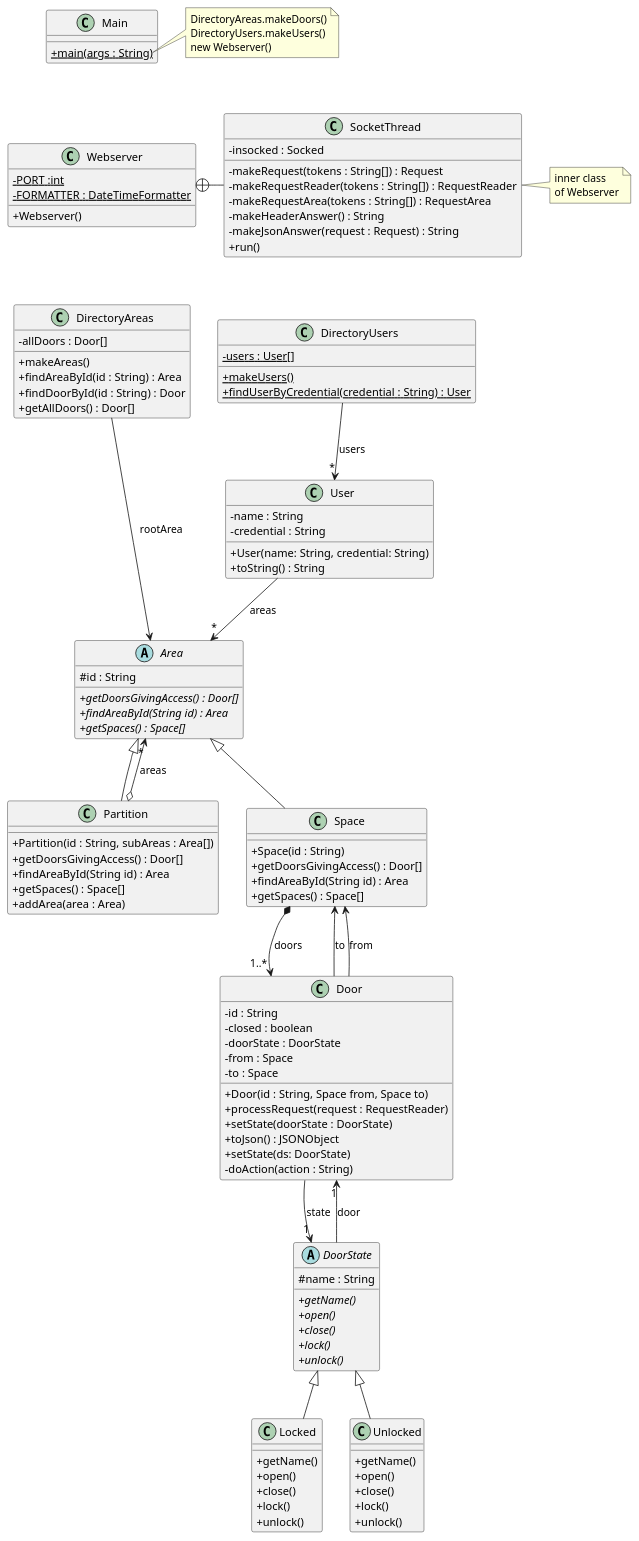
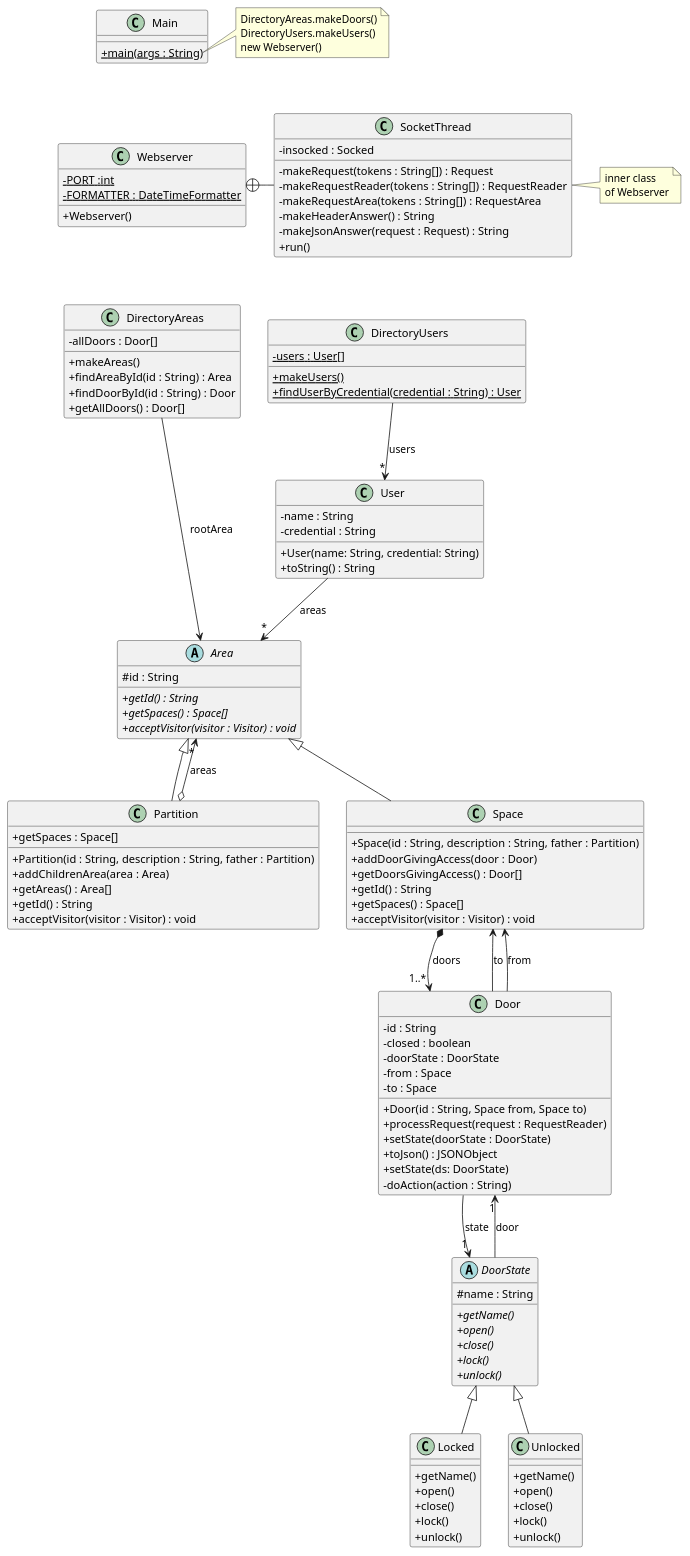
The diagram in src/basenostates/uml/Partitions&Spaces.puml (biigsaamu/PRACTICA_DS), drawn with PlantUML before and after one commit.

Commit message:
Update Partitions&Spaces.puml -> Area Partition Space

```diff
--- a/src/basenostates/uml/Partitions&Spaces.puml
+++ b/src/basenostates/uml/Partitions&Spaces.puml
@@ -1,154 +1,157 @@
 @startuml
 'https://plantuml.com/class-diagram
 skinparam classAttributeIconSize 0
 
 class User {
 - name : String
 - credential : String
 + User(name: String, credential: String)
 + toString() : String
 }
 
 User --> "*" Area : areas
 
 class Main {
 + {static} main(args : String)
 }
 class Webserver {
 - {static} PORT :int
 - {static} FORMATTER : DateTimeFormatter
 + Webserver()
 }
 
 class SocketThread {
 - insocked : Socked
 - makeRequest(tokens : String[]) : Request
 - makeRequestReader(tokens : String[]) : RequestReader
 - makeRequestArea(tokens : String[]) : RequestArea
 - makeHeaderAnswer() : String
 - makeJsonAnswer(request : Request) : String
 + run()
 }
 
 Webserver +-right- SocketThread
 
 note right of SocketThread
 inner class
 of Webserver
 end note
 /'
 class DirectoryAreas {
 - {static} allDoors : Door[]
 + {static} makeDoors()
 + {static} findDoorById(id : String) : Door
 + {static} getAllDoors() : Door[]
 }
 
 DirectoryAreas --> "*" Door : "allDoors"
 '/
 
 class DirectoryUsers {
 - {static} users : User[]
 + {static} makeUsers()
 + {static} findUserByCredential(credential : String) : User
 }
 
 DirectoryUsers --> "*" User : "users"
 
 
 class DirectoryAreas{
 - allDoors : Door[]
 + makeAreas()
 + findAreaById(id : String) : Area
 + findDoorById(id : String) : Door
 + getAllDoors() : Door[]
 }
 
 DirectoryAreas --> Area : rootArea
 
 abstract class Area {
 # id : String
-+ {abstract} getDoorsGivingAccess() : Door[]
-+ {abstract} findAreaById(String id) : Area
++ {abstract} getId() : String
 + {abstract} getSpaces() : Space[]
++ {abstract} acceptVisitor(visitor : Visitor) : void
 }
 
 class Partition extends Area{
-+ Partition(id : String, subAreas : Area[])
-+ getDoorsGivingAccess() : Door[]
-+ findAreaById(String id) : Area
-+ getSpaces() : Space[]
-+ addArea(area : Area)
++ Partition(id : String, description : String, father : Partition)
++ addChildrenArea(area : Area)
++ getAreas() : Area[]
++ getId() : String
++ getSpaces : Space[]
++ acceptVisitor(visitor : Visitor) : void
 }
 
 Partition o--> "*" Area : areas
 
 class Space extends Area{
-+ Space(id : String)
++ Space(id : String, description : String, father : Partition)
++ addDoorGivingAccess(door : Door)
 + getDoorsGivingAccess() : Door[]
-+ findAreaById(String id) : Area
++ getId() : String
 + getSpaces() : Space[]
++ acceptVisitor(visitor : Visitor) : void
 }
 
 Space *--> "1..*" Door : doors
 
 class Door {
 - id : String
 - closed : boolean
 - doorState : DoorState
 - from : Space
 - to : Space
 + Door(id : String, Space from, Space to)
 + processRequest(request : RequestReader)
 + setState(doorState : DoorState)
 + toJson() : JSONObject
 '+ toString() : String
 '+ isClosed() :boolean
 '+ setClosed(b : boolean)
 '+ getStateName() : String
 + setState(ds: DoorState)
 - doAction(action : String)
 
 }
 
 Door --> Space : to
 Door --> Space : from
 
 abstract class DoorState{
 # name : String
 + {abstract} getName()
 + {abstract} open()
 + {abstract} close()
 + {abstract} lock()
 + {abstract} unlock()
 }
 
 class Locked extends DoorState{
 + getName()
 + open()
 + close()
 + lock()
 + unlock()
 }
 
 class Unlocked extends DoorState{
 + getName()
 + open()
 + close()
 + lock()
 + unlock()
 }
 
 note right of Main::main
 DirectoryAreas.makeDoors()
 DirectoryUsers.makeUsers()
 new Webserver()
 end note
 
 Main -[hidden]down- Webserver
 Webserver -[hidden]down- DirectoryAreas
 DirectoryAreas -[hidden]right- DirectoryUsers
 Door --> "1" DoorState : state
 DoorState --> "1" Door : door
 
 @enduml
```
